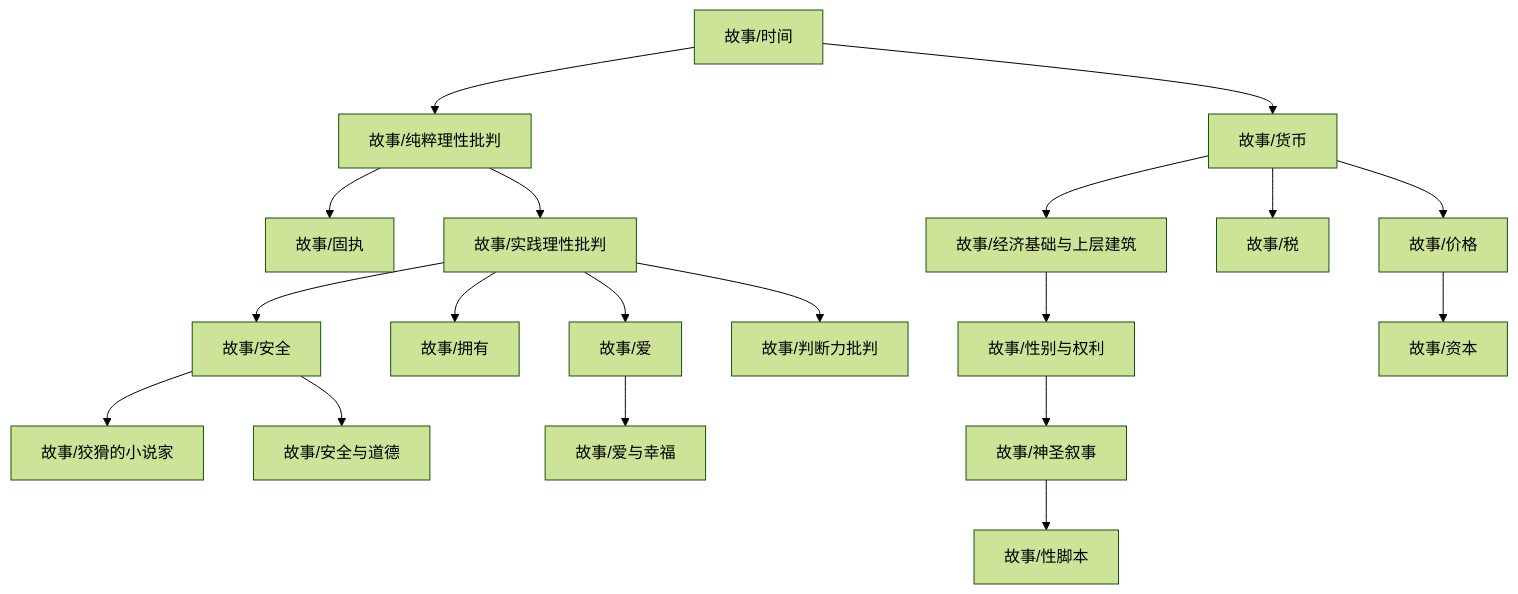
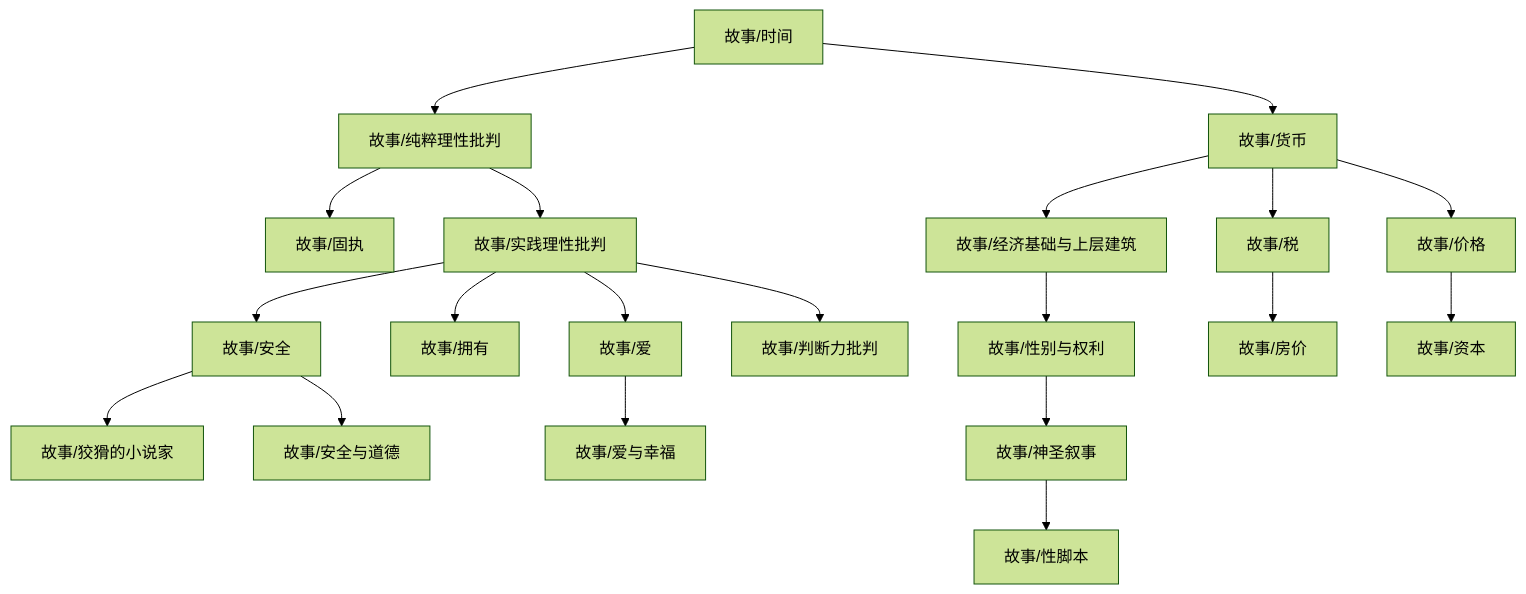
Before and after one commit to zeroDtree/zeroDtree.github.io: the diagram in content/故事/dependency_graph.md, drawn with Mermaid (forest theme). The commit also changed 5 other files, not shown here.

````diff
--- a/content/故事/dependency_graph.md
+++ b/content/故事/dependency_graph.md
@@ -1,21 +1,22 @@
 ```mermaid
 graph TD
 1["故事/纯粹理性批判"] --> 0["故事/固执"]
 3["故事/经济基础与上层建筑"] --> 2["故事/性别与权利"]
 5["故事/价格"] --> 4["故事/资本"]
 7["故事/安全"] --> 6["故事/狡猾的小说家"]
 1["故事/纯粹理性批判"] --> 8["故事/实践理性批判"]
 9["故事/时间"] --> 1["故事/纯粹理性批判"]
 8["故事/实践理性批判"] --> 7["故事/安全"]
 10["故事/货币"] --> 3["故事/经济基础与上层建筑"]
 8["故事/实践理性批判"] --> 11["故事/拥有"]
 10["故事/货币"] --> 12["故事/税"]
-8["故事/实践理性批判"] --> 13["故事/爱"]
+12["故事/税"] --> 13["故事/房价"]
+8["故事/实践理性批判"] --> 14["故事/爱"]
 10["故事/货币"] --> 5["故事/价格"]
-7["故事/安全"] --> 15["故事/安全与道德"]
-17["故事/神圣叙事"] --> 16["故事/性脚本"]
-2["故事/性别与权利"] --> 17["故事/神圣叙事"]
-13["故事/爱"] --> 18["故事/爱与幸福"]
+7["故事/安全"] --> 16["故事/安全与道德"]
+18["故事/神圣叙事"] --> 17["故事/性脚本"]
+2["故事/性别与权利"] --> 18["故事/神圣叙事"]
+14["故事/爱"] --> 19["故事/爱与幸福"]
 9["故事/时间"] --> 10["故事/货币"]
-8["故事/实践理性批判"] --> 19["故事/判断力批判"]
+8["故事/实践理性批判"] --> 20["故事/判断力批判"]
 ```
````
